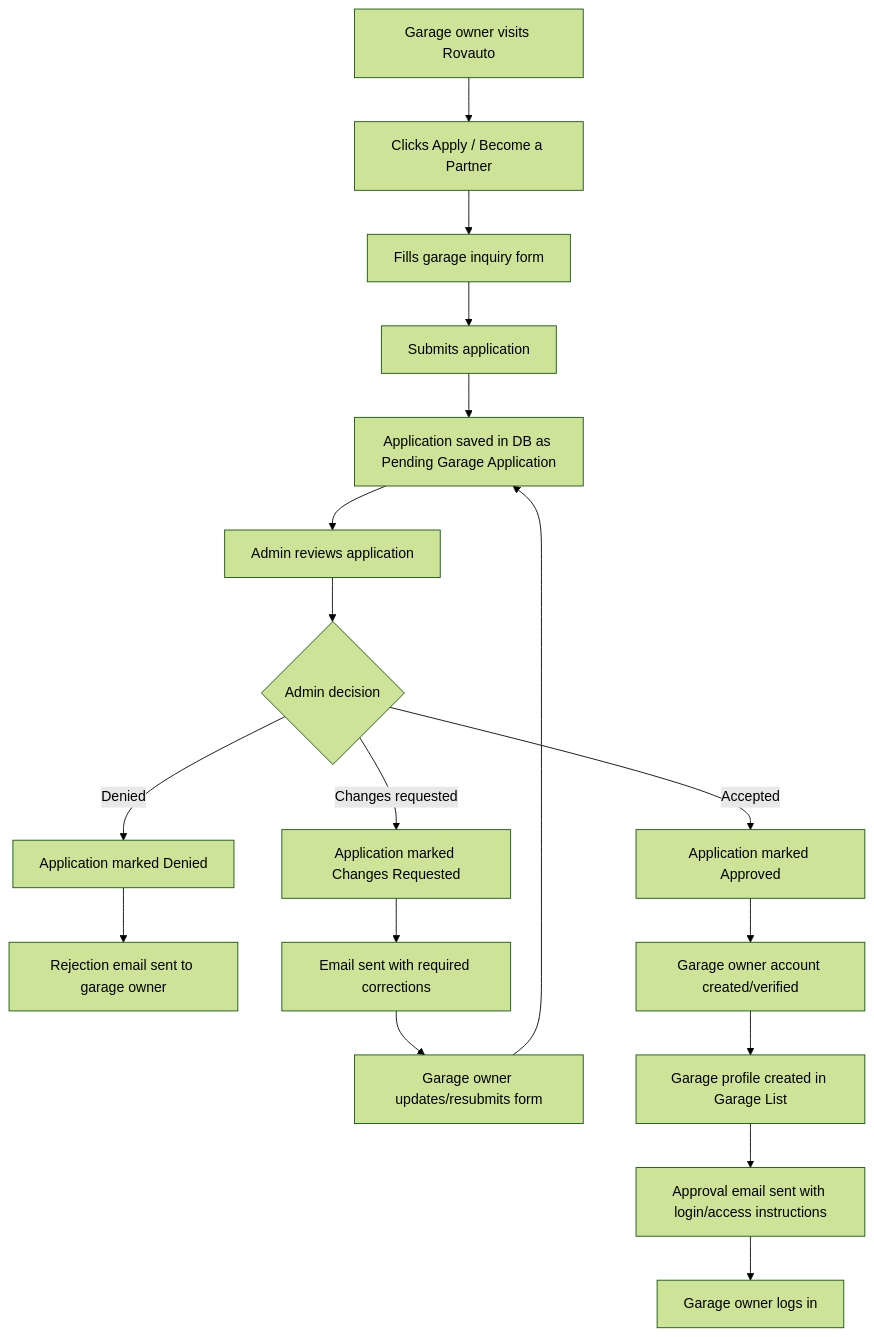
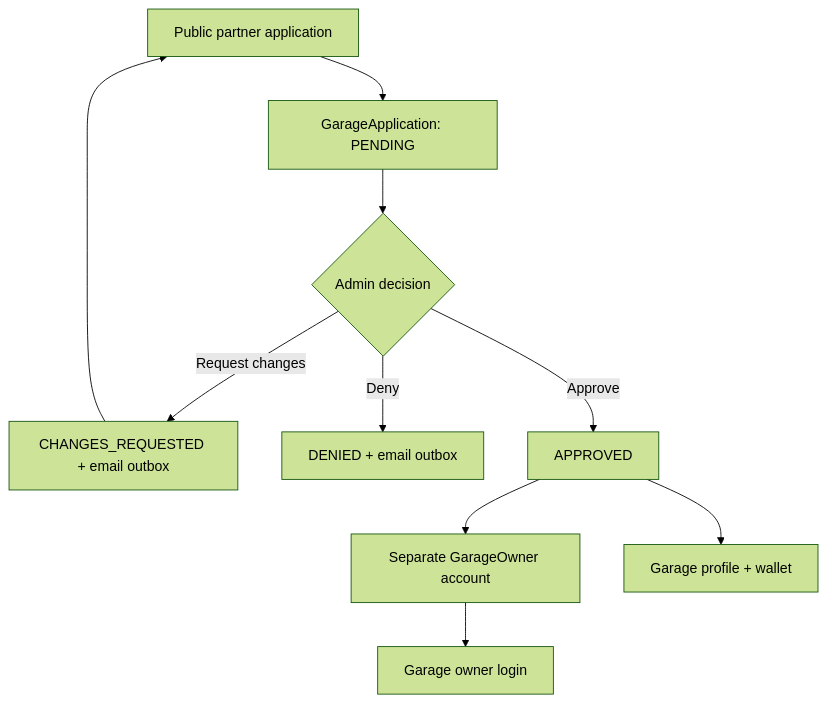
One commit to Aayush20253534/Garage-startup changed the first of 4 diagrams in garage-partner-flow.md. Above: the diagram before and after it, drawn with Mermaid (forest theme). The commit also changed other lines of this file and 14 other files, not shown here.

````diff
--- a/garage-partner-flow.md
+++ b/garage-partner-flow.md
@@ -5,24 +7,12 @@
 ```mermaid
 flowchart TD
-    A["Garage owner visits Rovauto"] --> B["Clicks Apply / Become a Partner"]
-    B --> C["Fills garage inquiry form"]
-    C --> D["Submits application"]
-    D --> E["Application saved in DB as Pending Garage Application"]
-
-    E --> F["Admin reviews application"]
-    F --> G{"Admin decision"}
-
-    G -->|Denied| H["Application marked Denied"]
-    H --> I["Rejection email sent to garage owner"]
-
-    G -->|Changes requested| J["Application marked Changes Requested"]
-    J --> K["Email sent with required corrections"]
-    K --> L["Garage owner updates/resubmits form"]
-    L --> E
-
-    G -->|Accepted| M["Application marked Approved"]
-    M --> N["Garage owner account created/verified"]
-    N --> O["Garage profile created in Garage List"]
-    O --> P["Approval email sent with login/access instructions"]
-    P --> Q["Garage owner logs in"]
+    Apply["Public partner application"] --> Pending["GarageApplication: PENDING"]
+    Pending --> Decision{"Admin decision"}
+    Decision -->|"Request changes"| Changes["CHANGES_REQUESTED + email outbox"]
+    Changes --> Apply
+    Decision -->|"Deny"| Denied["DENIED + email outbox"]
+    Decision -->|"Approve"| Approved["APPROVED"]
+    Approved --> Owner["Separate GarageOwner account"]
+    Approved --> Garage["Garage profile + wallet"]
+    Owner --> Login["Garage owner login"]
 ```
````
